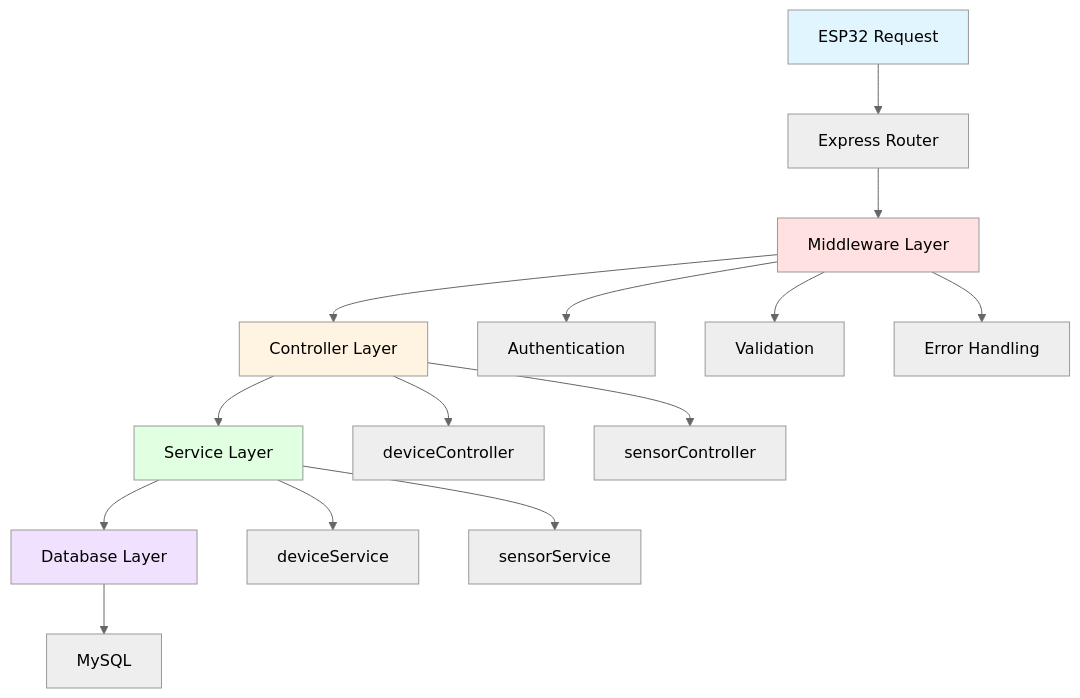
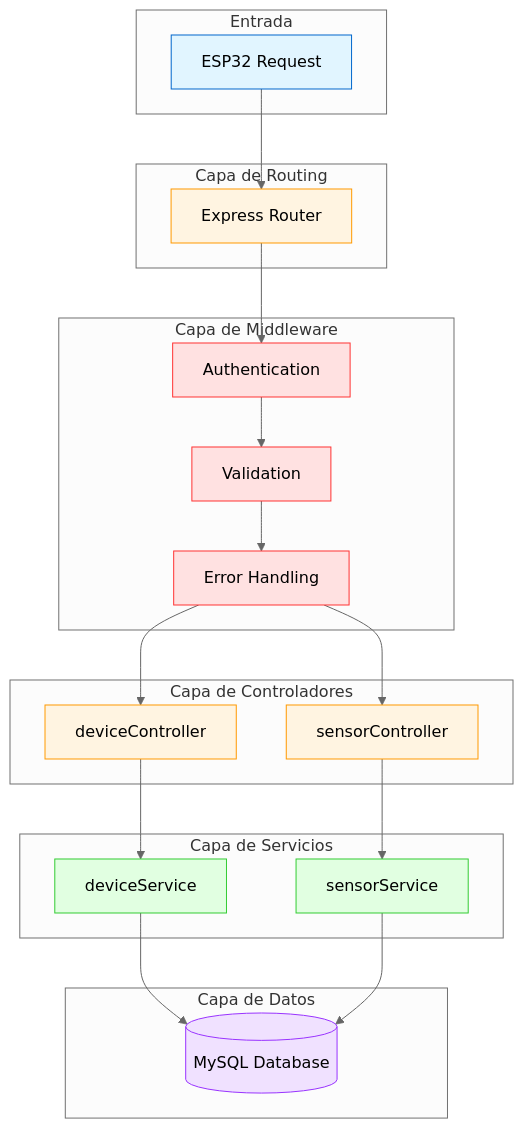
Before and after one commit to cristopher281/Port-n-ESP32: the first of 11 diagrams in docs/DATA_FLOW.md, drawn with Mermaid (neutral theme). The commit also changed other lines of this file, not shown here.

Commit message:
feat: Implement core backend and frontend services including database schema, user authentication, and device/sensor API interactions.

````diff
--- a/docs/DATA_FLOW.md
+++ b/docs/DATA_FLOW.md
@@ -20,25 +24,52 @@
 ```mermaid
-graph TD
-    A[ESP32 Request] --> B[Express Router]
-    B --> C[Middleware Layer]
-    C --> D[Controller Layer]
-    D --> E[Service Layer]
-    E --> F[Database Layer]
-    F --> G[MySQL]
+flowchart TB
+    subgraph "Entrada"
+        ESP[ESP32 Request]
+    end
     
-    C --> C1[Authentication]
-    C --> C2[Validation]
-    C --> C3[Error Handling]
+    subgraph "Capa de Routing"
+        Router[Express Router]
+    end
     
-    D --> D1[deviceController]
-    D --> D2[sensorController]
+    subgraph "Capa de Middleware"
+        Auth[Authentication]
+        Valid[Validation]
+        Error[Error Handling]
+    end
     
-    E --> E1[deviceService]
-    E --> E2[sensorService]
+    subgraph "Capa de Controladores"
+        DevCtrl[deviceController]
+        SensCtrl[sensorController]
+    end
     
-    style A fill:#e1f5ff
-    style C fill:#ffe1e1
-    style D fill:#fff4e1
-    style E fill:#e1ffe1
-    style F fill:#f0e1ff
+    subgraph "Capa de Servicios"
+        DevSrv[deviceService]
+        SensSrv[sensorService]
+    end
+    
+    subgraph "Capa de Datos"
+        DB[(MySQL Database)]
+    end
+    
+    ESP --> Router
+    Router --> Auth
+    Auth --> Valid
+    Valid --> Error
+    Error --> DevCtrl
+    Error --> SensCtrl
+    DevCtrl --> DevSrv
+    SensCtrl --> SensSrv
+    DevSrv --> DB
+    SensSrv --> DB
+    
+    style ESP fill:#e1f5ff,stroke:#0066cc
+    style Router fill:#fff4e1,stroke:#ff9900
+    style Auth fill:#ffe1e1,stroke:#ff3333
+    style Valid fill:#ffe1e1,stroke:#ff3333
+    style Error fill:#ffe1e1,stroke:#ff3333
+    style DevCtrl fill:#fff4e1,stroke:#ff9900
+    style SensCtrl fill:#fff4e1,stroke:#ff9900
+    style DevSrv fill:#e1ffe1,stroke:#33cc33
+    style SensSrv fill:#e1ffe1,stroke:#33cc33
+    style DB fill:#f0e1ff,stroke:#9933ff
 ```
````
